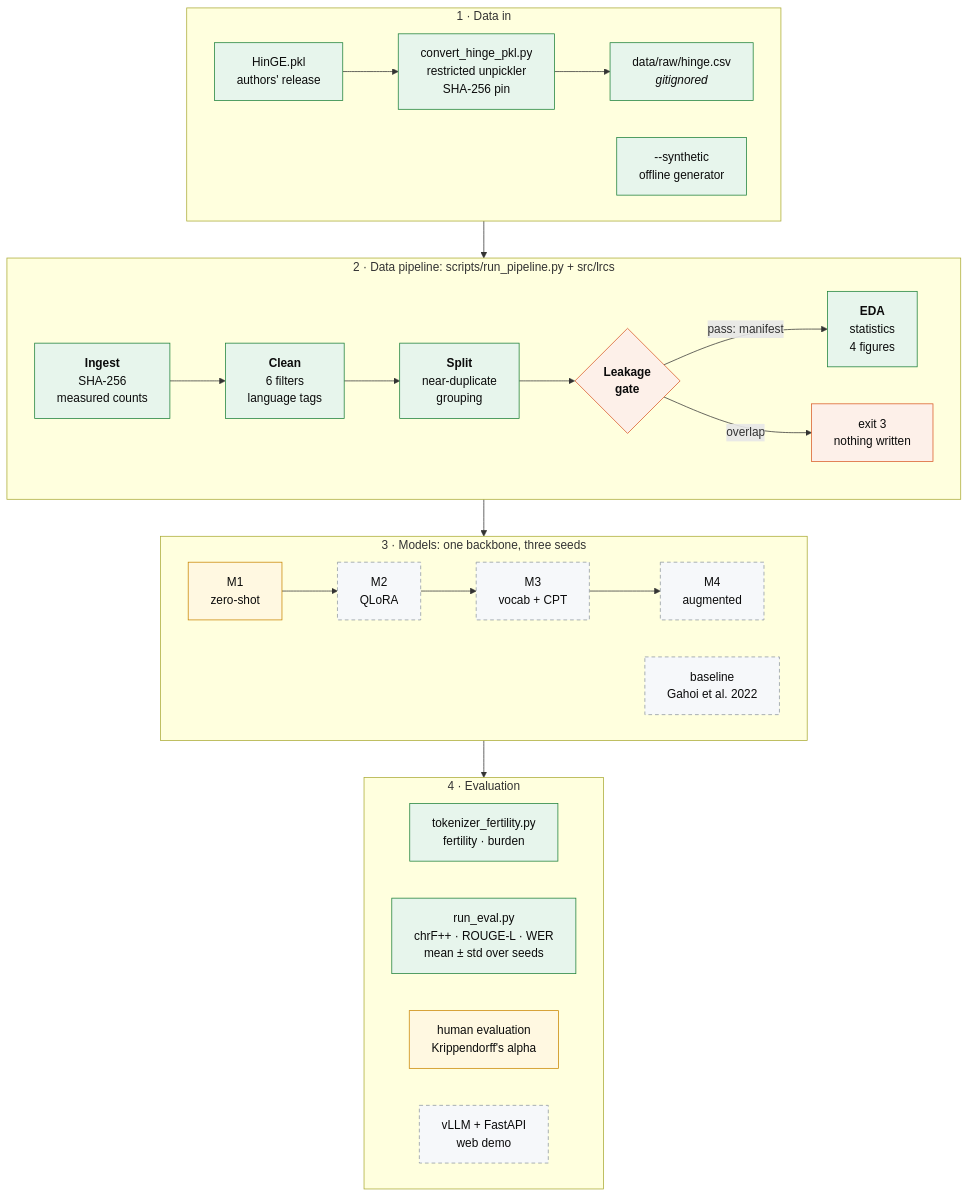
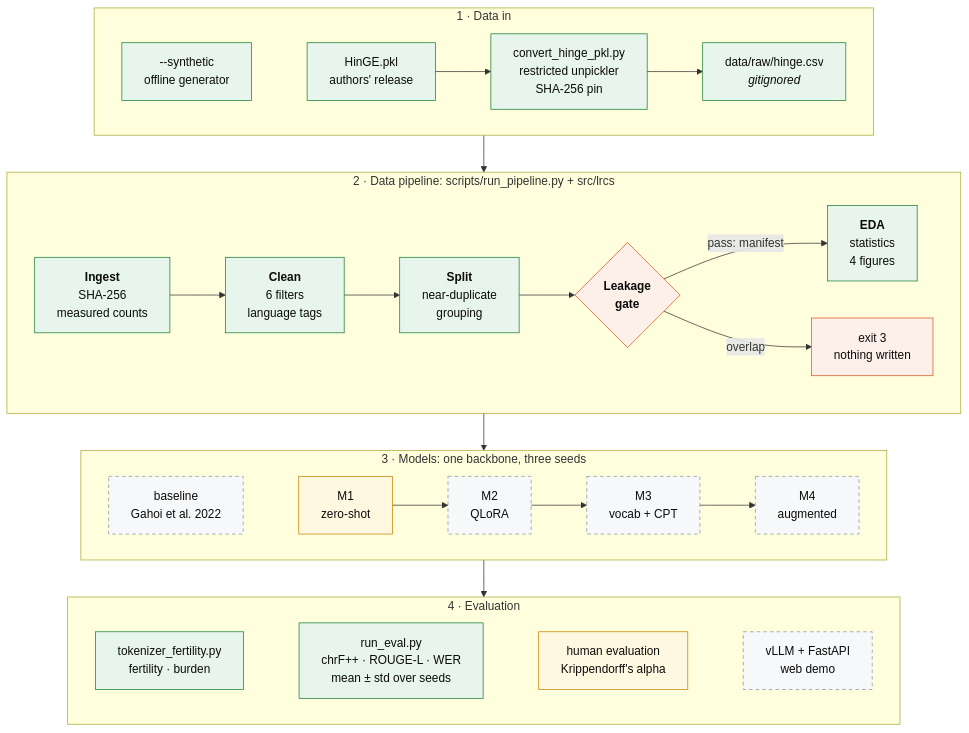
The second of 3 diagrams in README.md (298A-Team-2-Topic-23/Low-Resource-and-Code-Switched-Language-Systems), drawn with Mermaid before and after one commit.

Commit message:
README: keep each architecture row on one line

````diff
--- a/README.md
+++ b/README.md
@@ -128,35 +128,36 @@
 ```mermaid
 flowchart TB
     subgraph D["1 · Data in"]
         direction LR
         PKL["HinGE.pkl<br/>authors' release"] --> CONV["convert_hinge_pkl.py<br/>restricted unpickler<br/>SHA-256 pin"] --> CSV["data/raw/hinge.csv<br/><i>gitignored</i>"]
-        SYN["--synthetic<br/>offline generator"]
+        SYN["--synthetic<br/>offline generator"] ~~~ PKL
     end
     subgraph P["2 · Data pipeline: scripts/run_pipeline.py + src/lrcs"]
         direction LR
         S1["<b>Ingest</b><br/>SHA-256<br/>measured counts"] --> S2["<b>Clean</b><br/>6 filters<br/>language tags"] --> S3["<b>Split</b><br/>near-duplicate<br/>grouping"] --> GATE{"<b>Leakage</b><br/><b>gate</b>"}
         GATE -- "pass: manifest" --> S4["<b>EDA</b><br/>statistics<br/>4 figures"]
         GATE -- "overlap" --> HALT["exit 3<br/>nothing written"]
     end
     subgraph M["3 · Models: one backbone, three seeds"]
         direction LR
         M1["M1<br/>zero-shot"] --> M2["M2<br/>QLoRA"] --> M3["M3<br/>vocab + CPT"] --> M4["M4<br/>augmented"]
-        BASE["baseline<br/>Gahoi et al. 2022"]
+        BASE["baseline<br/>Gahoi et al. 2022"] ~~~ M1
     end
     subgraph E["4 · Evaluation"]
         direction LR
         FE["tokenizer_fertility.py<br/>fertility · burden"]
         EV["run_eval.py<br/>chrF++ · ROUGE-L · WER<br/>mean ± std over seeds"]
         HU["human evaluation<br/>Krippendorff's alpha"]
         SERVE["vLLM + FastAPI<br/>web demo"]
+        FE ~~~ EV ~~~ HU ~~~ SERVE
     end
     D --> P --> M --> E
     classDef built fill:#e7f5ec,stroke:#1a7f37,color:#0b0b0b
     classDef partial fill:#fff8e1,stroke:#c98500,color:#0b0b0b
     classDef planned fill:#f6f8fa,stroke:#8c959f,color:#0b0b0b,stroke-dasharray:5 4
     classDef gate fill:#fdf0e9,stroke:#d95926,color:#0b0b0b
     class PKL,CONV,CSV,SYN,S1,S2,S3,S4,FE,EV built
     class GATE,HALT gate
     class M1,HU partial
     class M2,M3,M4,BASE,SERVE planned
 ```
````
